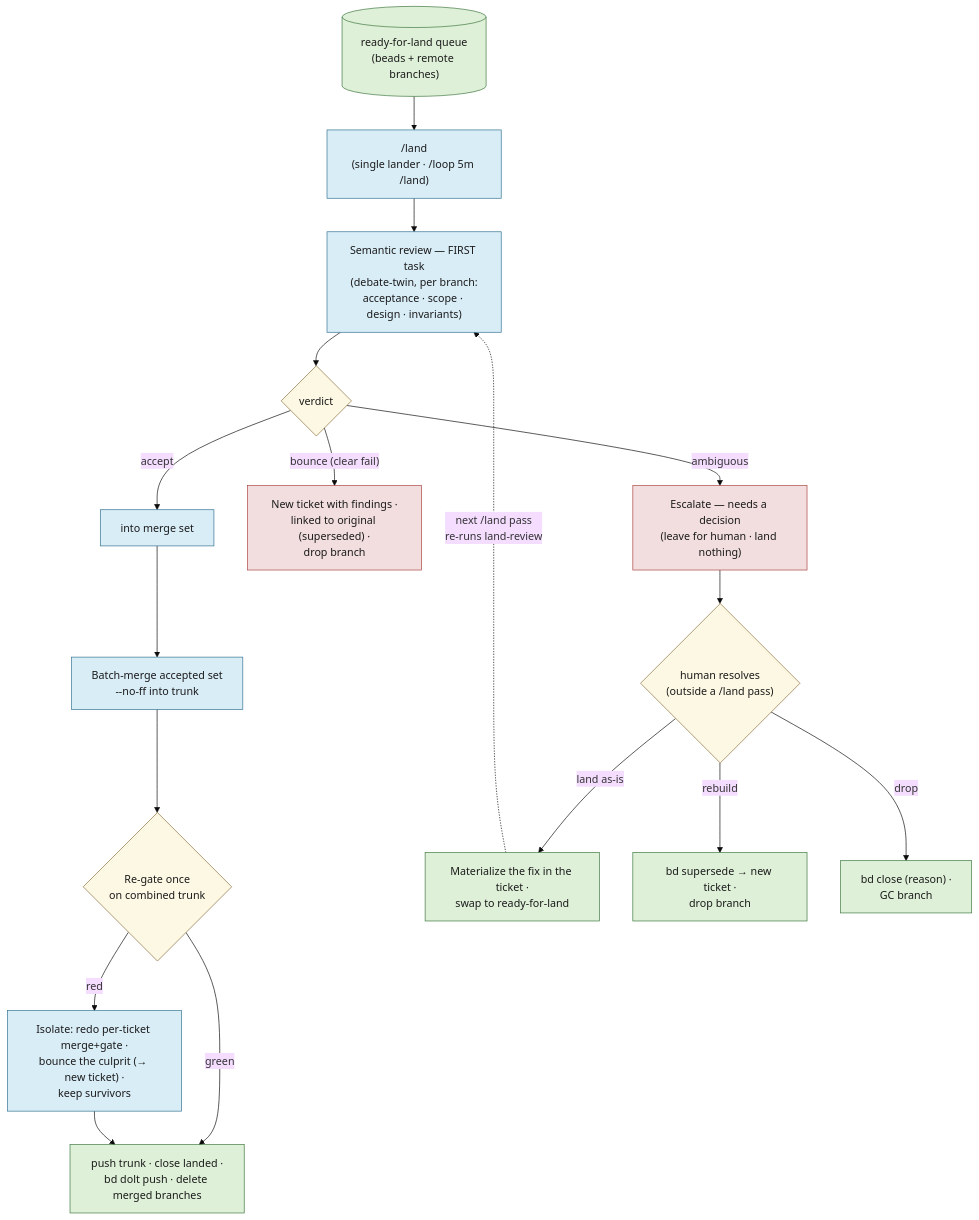
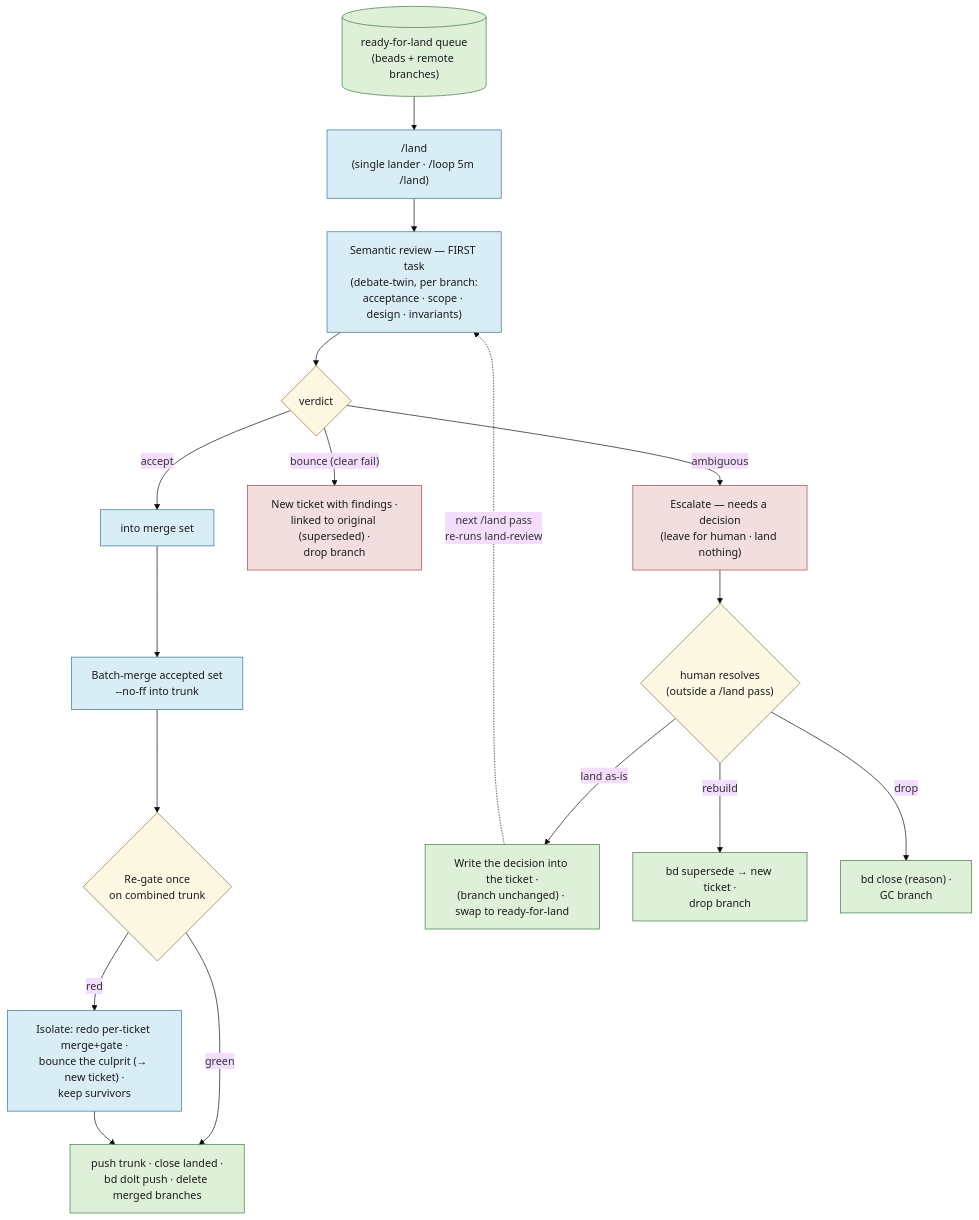
The fourth of 4 diagrams in docs/agents-workflow.md (bildzeitung/lode), drawn with Mermaid (base theme) before and after one commit. The commit also changed other lines of this file and 1 other file, not shown here.

First line of the commit message:
docs: review pass on the land-escalated resolution transition

````diff
--- a/docs/agents-workflow.md
+++ b/docs/agents-workflow.md
@@ -356,31 +356,31 @@
 ```mermaid
 flowchart TD
     Q[("ready-for-land queue<br>(beads + remote branches)")] --> LAND["/land<br>(single lander · /loop 5m /land)"]
     LAND --> SEM["Semantic review — FIRST task<br>(debate-twin, per branch:<br>acceptance · scope · design · invariants)"]
     SEM --> V{"verdict"}
     V -->|"accept"| ACC["into merge set"]
     V -->|"bounce (clear fail)"| NEW["New ticket with findings ·<br>linked to original (superseded) ·<br>drop branch"]
     V -->|"ambiguous"| HUMAN["Escalate — needs a decision<br>(leave for human · land nothing)"]
     ACC --> MERGE["Batch-merge accepted set<br>--no-ff into trunk"]
     MERGE --> RG{"Re-gate once<br>on combined trunk"}
     RG -->|"green"| PUSH["push trunk · close landed ·<br>bd dolt push · delete merged branches"]
     RG -->|"red"| ISO["Isolate: redo per-ticket merge+gate ·<br>bounce the culprit (→ new ticket) ·<br>keep survivors"]
     ISO --> PUSH
 
     HUMAN --> RES{"human resolves<br>(outside a /land pass)"}
-    RES -->|"land as-is"| MATFIX["Materialize the fix in the ticket ·<br>swap to ready-for-land"]
+    RES -->|"land as-is"| MATFIX["Write the decision into the ticket ·<br>(branch unchanged) · swap to ready-for-land"]
     RES -->|"rebuild"| RSUPER["bd supersede → new ticket ·<br>drop branch"]
     RES -->|"drop"| RDROP["bd close (reason) ·<br>GC branch"]
     MATFIX -.->|"next /land pass<br>re-runs land-review"| SEM
 
     classDef start fill:#fcf8e3,stroke:#8a6d3b,color:#1b1b1b;
     classDef work fill:#d9edf7,stroke:#31708f,color:#1b1b1b;
     classDef gate fill:#fcf8e3,stroke:#8a6d3b,color:#1b1b1b;
     classDef bad fill:#f2dede,stroke:#a94442,color:#1b1b1b;
     classDef good fill:#dff0d8,stroke:#3c763d,color:#1b1b1b;
     class Q good;
     class LAND,SEM,ACC,MERGE,ISO work;
     class V,RG,RES gate;
     class NEW,HUMAN bad;
     class PUSH,MATFIX,RSUPER,RDROP good;
 ```
````
